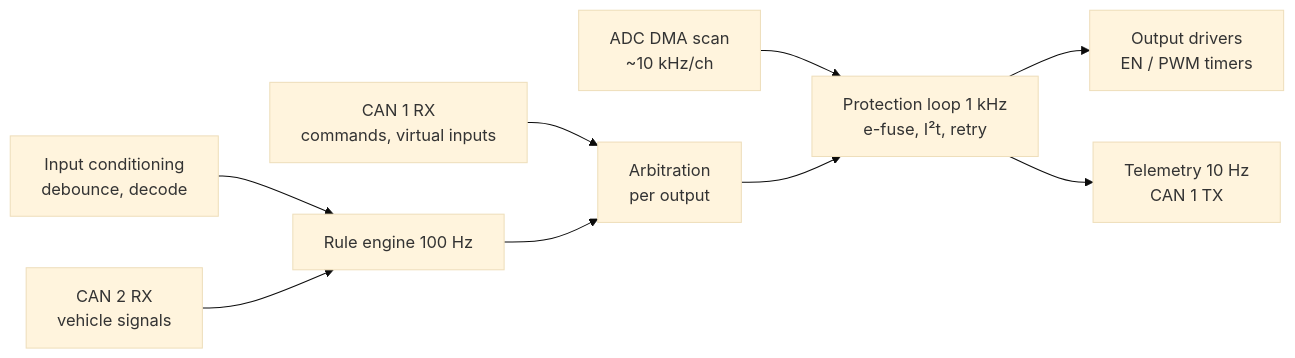
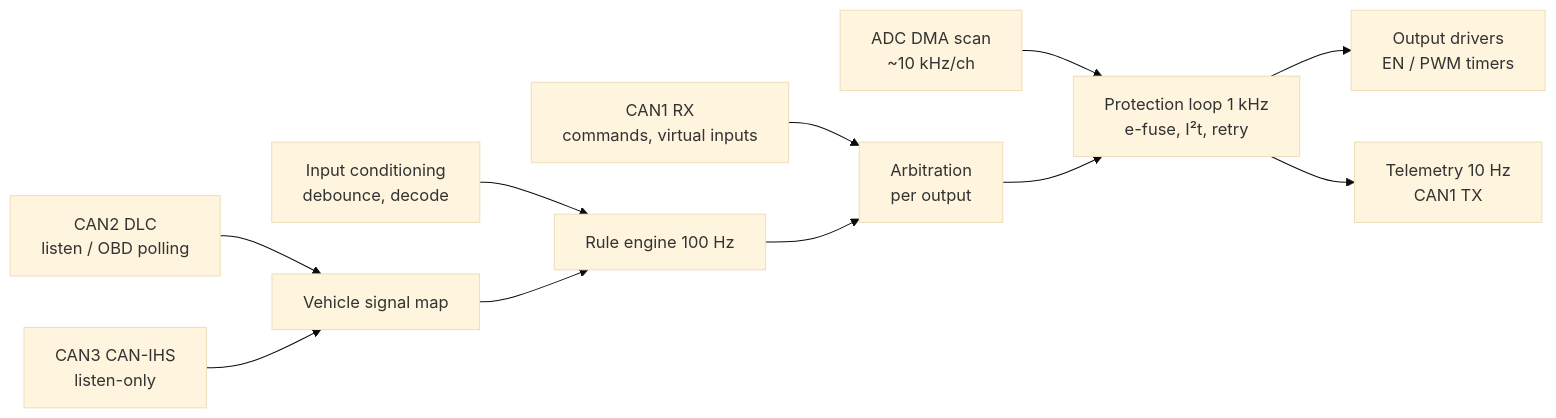
The second of 2 diagrams in power-control-module/docs/02-architecture.md (jeffmincey/playground), drawn with Mermaid (base theme) before and after one commit. The commit also changed other lines of this file and 19 other files, not shown here.

````diff
--- a/power-control-module/docs/02-architecture.md
+++ b/power-control-module/docs/02-architecture.md
@@ -93,11 +129,13 @@
 ```mermaid
 flowchart LR
     ADC["ADC DMA scan<br/>~10 kHz/ch"] --> PROT["Protection loop 1 kHz<br/>e-fuse, I²t, retry"]
     IN["Input conditioning<br/>debounce, decode"] --> RULES["Rule engine 100 Hz"]
-    CAN1["CAN 1 RX<br/>commands, virtual inputs"] --> ARB
-    CAN2["CAN 2 RX<br/>vehicle signals"] --> RULES
+    CAN1["CAN1 RX<br/>commands, virtual inputs"] --> ARB
+    CAN2["CAN2 DLC<br/>listen / OBD polling"] --> VSM["Vehicle signal map"]
+    CAN3["CAN3 CAN-IHS<br/>listen-only"] --> VSM
+    VSM --> RULES
     RULES --> ARB["Arbitration<br/>per output"]
     ARB --> PROT
     PROT --> DRV["Output drivers<br/>EN / PWM timers"]
-    PROT --> TLM["Telemetry 10 Hz<br/>CAN 1 TX"]
+    PROT --> TLM["Telemetry 10 Hz<br/>CAN1 TX"]
 ```
````
